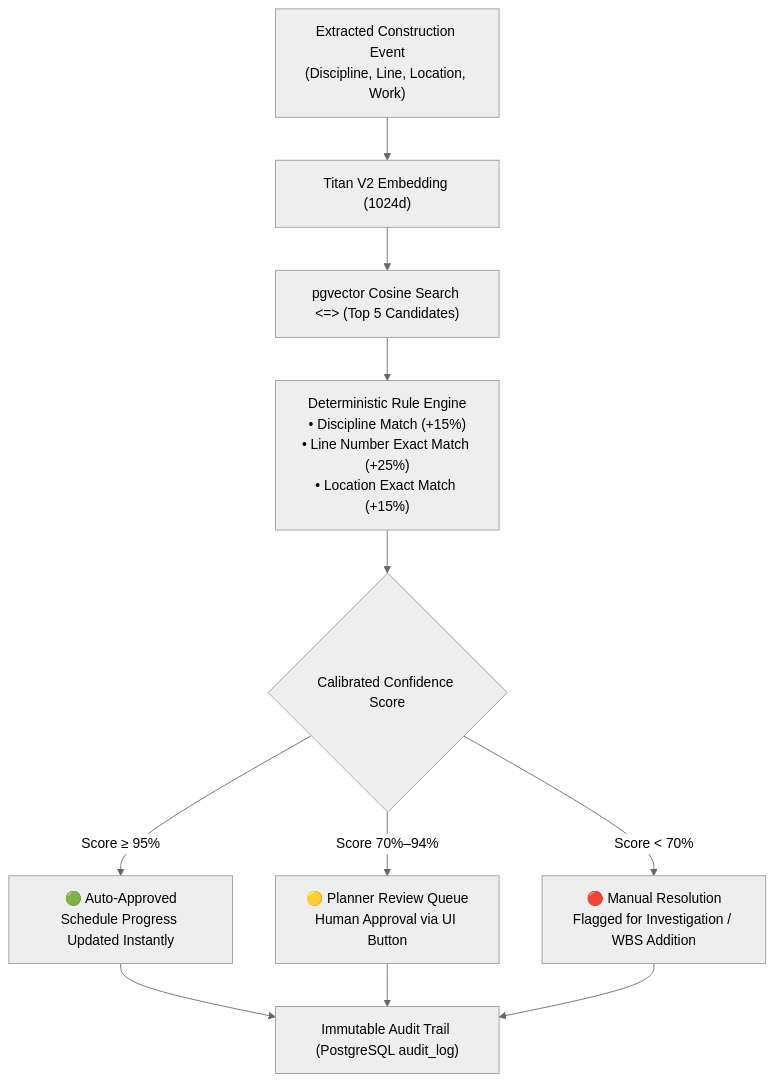
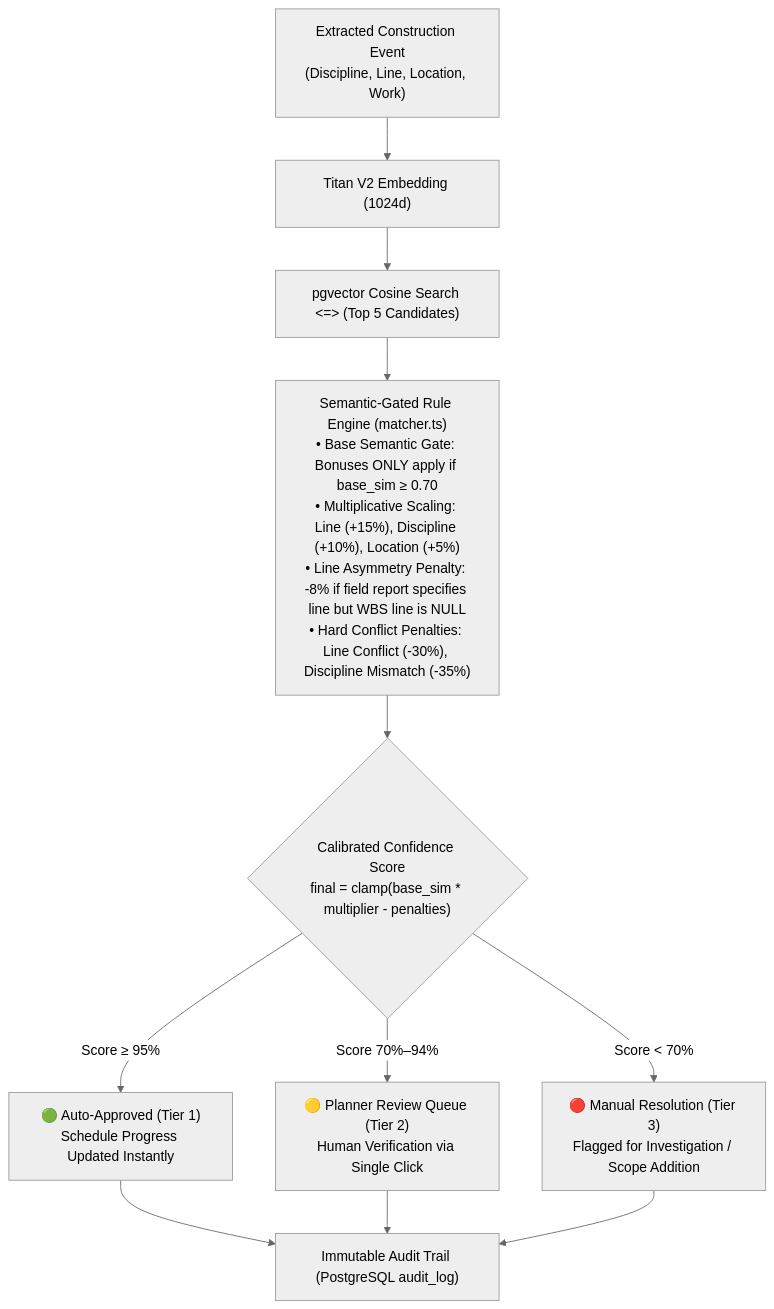
Before and after one commit to atharvabaodhankar/Progressly: the second of 2 diagrams in architecture.md, drawn with Mermaid (neutral theme). The commit also changed other lines of this file and 3 other files, not shown here.

Commit message:
docs: update Nova Micro pricing to .041/.164 and document semantic-gating with line-asymmetry penalty in architecture specs

````diff
--- a/architecture.md
+++ b/architecture.md
@@ -112,13 +112,13 @@
 ```mermaid
 flowchart TD
     A["Extracted Construction Event<br/>(Discipline, Line, Location, Work)"] --> B["Titan V2 Embedding (1024d)"]
     B --> C["pgvector Cosine Search <=> (Top 5 Candidates)"]
-    C --> D["Deterministic Rule Engine<br/>• Discipline Match (+15%)<br/>• Line Number Exact Match (+25%)<br/>• Location Exact Match (+15%)"]
-    D --> E{"Calibrated Confidence Score"}
-    E -->|Score ≥ 95%| F["🟢 Auto-Approved<br/>Schedule Progress Updated Instantly"]
-    E -->|Score 70%–94%| G["🟡 Planner Review Queue<br/>Human Approval via UI Button"]
-    E -->|Score < 70%| H["🔴 Manual Resolution<br/>Flagged for Investigation / WBS Addition"]
+    C --> D["Semantic-Gated Rule Engine (matcher.ts)<br/>• Base Semantic Gate: Bonuses ONLY apply if base_sim ≥ 0.70<br/>• Multiplicative Scaling: Line (+15%), Discipline (+10%), Location (+5%)<br/>• Line Asymmetry Penalty: -8% if field report specifies line but WBS line is NULL<br/>• Hard Conflict Penalties: Line Conflict (-30%), Discipline Mismatch (-35%)"]
+    D --> E{"Calibrated Confidence Score<br/>final = clamp(base_sim * multiplier - penalties)"}
+    E -->|Score ≥ 95%| F["🟢 Auto-Approved (Tier 1)<br/>Schedule Progress Updated Instantly"]
+    E -->|Score 70%–94%| G["🟡 Planner Review Queue (Tier 2)<br/>Human Verification via Single Click"]
+    E -->|Score < 70%| H["🔴 Manual Resolution (Tier 3)<br/>Flagged for Investigation / Scope Addition"]
     F --> I["Immutable Audit Trail (PostgreSQL audit_log)"]
     G --> I
     H --> I
 ```
````
